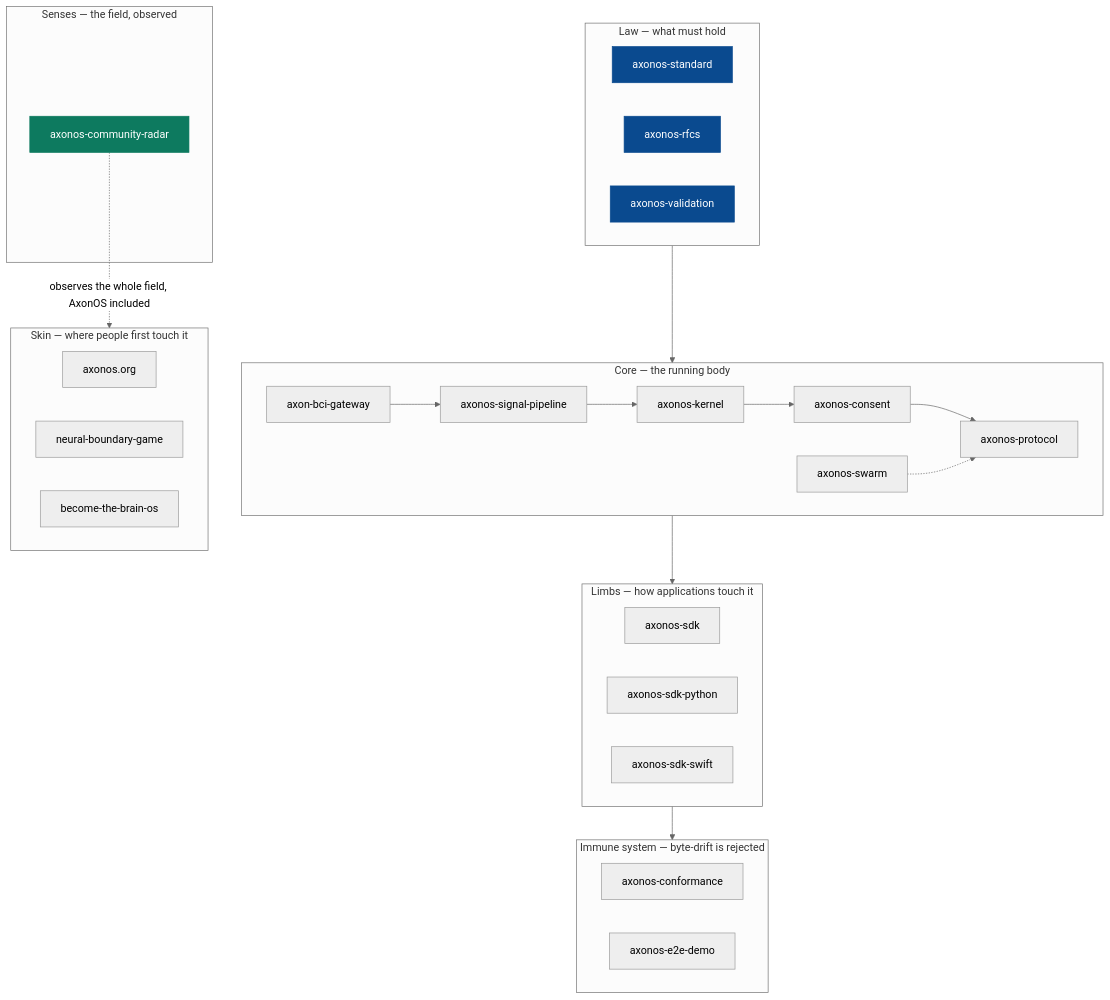
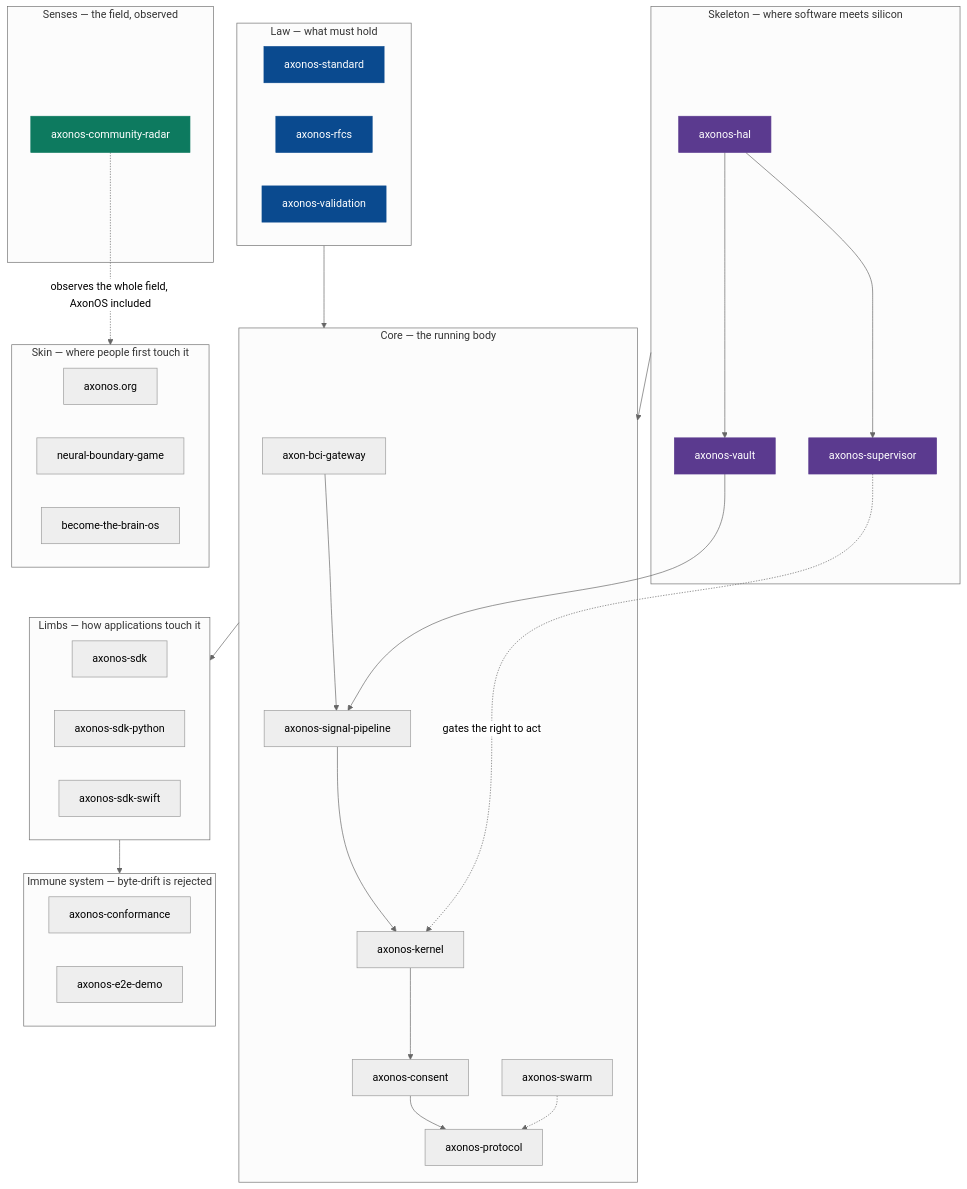
One commit to AxonOS-org/.github changed the first of 2 diagrams in profile/README.md. Above: the diagram before and after it, drawn with Mermaid (neutral theme). The commit also changed other lines of this file, not shown here.

First line of the commit message:
profile: the skeleton, and an honest ledger of what it closed

````diff
--- a/profile/README.md
+++ b/profile/README.md
@@ -111,39 +111,50 @@
 ```mermaid
 flowchart TB
     subgraph LAW["Law — what must hold"]
         STD[axonos-standard]
         RFC[axonos-rfcs]
         VALID[axonos-validation]
+    end
+    subgraph SKEL["Skeleton — where software meets silicon"]
+        HAL[axonos-hal]
+        VAULT[axonos-vault]
+        SUP[axonos-supervisor]
     end
     subgraph CORE["Core — the running body"]
         GW[axon-bci-gateway] --> SP[axonos-signal-pipeline] --> K[axonos-kernel]
         K --> CO[axonos-consent] --> PR[axonos-protocol]
         SW[axonos-swarm] -.-> PR
     end
     subgraph LIMBS["Limbs — how applications touch it"]
         SDK[axonos-sdk]
         SDKP[axonos-sdk-python]
         SDKS[axonos-sdk-swift]
     end
     subgraph IMMUNE["Immune system — byte-drift is rejected"]
         CONF[axonos-conformance]
         E2E[axonos-e2e-demo]
     end
     subgraph SENSES["Senses — the field, observed"]
         RADAR[axonos-community-radar]
     end
     subgraph SKIN["Skin — where people first touch it"]
         SITE[axonos.org]
         NBG[neural-boundary-game]
         BTB[become-the-brain-os]
     end
+    HAL --> VAULT --> SP
+    HAL --> SUP
+    SUP -. gates the right to act .-> K
     LAW --> CORE
+    SKEL --> CORE
     CORE --> LIMBS
     LIMBS --> IMMUNE
     RADAR -. observes the whole field, AxonOS included .-> SKIN
 
     classDef law fill:#0a4a8f,stroke:#0a4a8f,color:#fff
     classDef sense fill:#0d7a5f,stroke:#0d7a5f,color:#fff
+    classDef skel fill:#5b3a8f,stroke:#5b3a8f,color:#fff
     class STD,RFC,VALID law
     class RADAR sense
+    class HAL,VAULT,SUP skel
 ```
````
